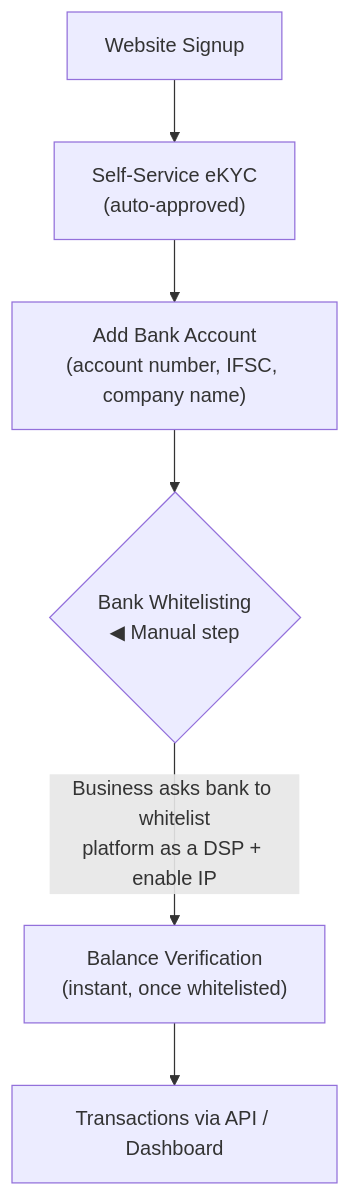
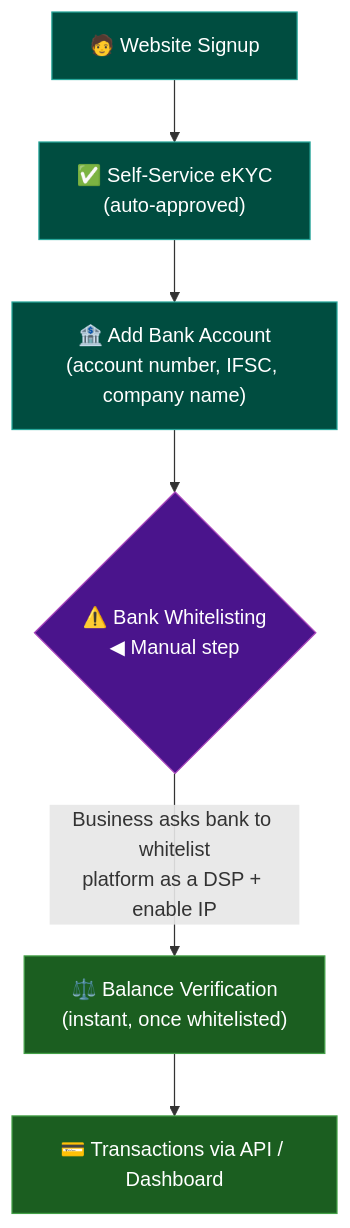
Before and after one commit to ghanendra-sdet/fintech-connected-banking-platform: the first of 2 diagrams in README.md, drawn with Mermaid. The commit also changed other lines of this file, not shown here.

Commit message:
fix: correct throughput figure inconsistency and ToC gap in README

````diff
--- a/README.md
+++ b/README.md
@@ -144,8 +145,16 @@
 ```mermaid
 flowchart TD
-    A["Website Signup"] --> B["Self-Service eKYC<br/>(auto-approved)"]
-    B --> C["Add Bank Account<br/>(account number, IFSC, company name)"]
-    C --> D{"Bank Whitelisting<br/>◀ Manual step"}
-    D -->|"Business asks bank to whitelist<br/>platform as a DSP + enable IP"| E["Balance Verification<br/>(instant, once whitelisted)"]
-    E --> F["Transactions via API / Dashboard"]
+    A["🧑 Website Signup"] --> B["✅ Self-Service eKYC<br/>(auto-approved)"]
+    B --> C["🏦 Add Bank Account<br/>(account number, IFSC, company name)"]
+    C --> D{"⚠️ Bank Whitelisting<br/>◀ Manual step"}
+    D -->|"Business asks bank to whitelist<br/>platform as a DSP + enable IP"| E["⚖️ Balance Verification<br/>(instant, once whitelisted)"]
+    E --> F["💳 Transactions via API / Dashboard"]
+
+    classDef good fill:#1b5e20,color:#fff,stroke:#43a047,stroke-width:1px
+    classDef gate fill:#4a148c,color:#fff,stroke:#ab47bc,stroke-width:1px
+    classDef service fill:#004d40,color:#fff,stroke:#26a69a,stroke-width:1px
+
+    class A,B,C service
+    class D gate
+    class E,F good
 ```
````
